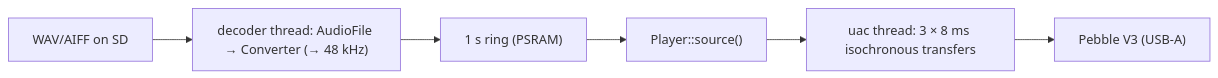
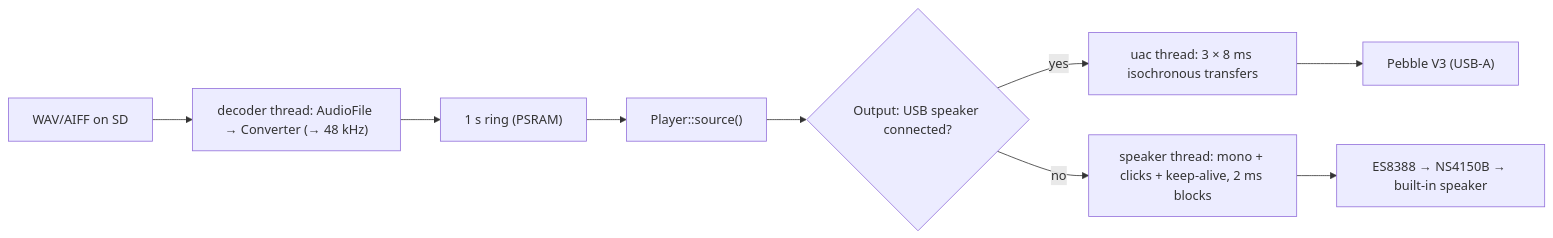
One commit to wackazong/wakey changed the third of 3 diagrams in docs/architecture.md. Above: the diagram before and after it, drawn with Mermaid. The commit also changed other lines of this file and 11 other files, not shown here.

First line of the commit message:
feat(audio): built-in speaker as the alarm speaker without a USB speaker

````diff
--- a/docs/architecture.md
+++ b/docs/architecture.md
@@ -115,8 +115,11 @@
 ```mermaid
 flowchart LR
     SD["WAV/AIFF on SD"] --> DEC["decoder thread: AudioFile → Converter (→ 48 kHz)"]
     DEC --> RING["1 s ring (PSRAM)"]
     RING --> SRC["Player::source()"]
-    SRC --> UAC["uac thread: 3 × 8 ms isochronous transfers"]
+    SRC --> OUT{"Output: USB speaker connected?"}
+    OUT -- yes --> UAC["uac thread: 3 × 8 ms isochronous transfers"]
     UAC --> PEB["Pebble V3 (USB-A)"]
+    OUT -- no --> MIX["speaker thread: mono + clicks + keep-alive, 2 ms blocks"]
+    MIX --> BUILTIN["ES8388 → NS4150B → built-in speaker"]
 ```
````
